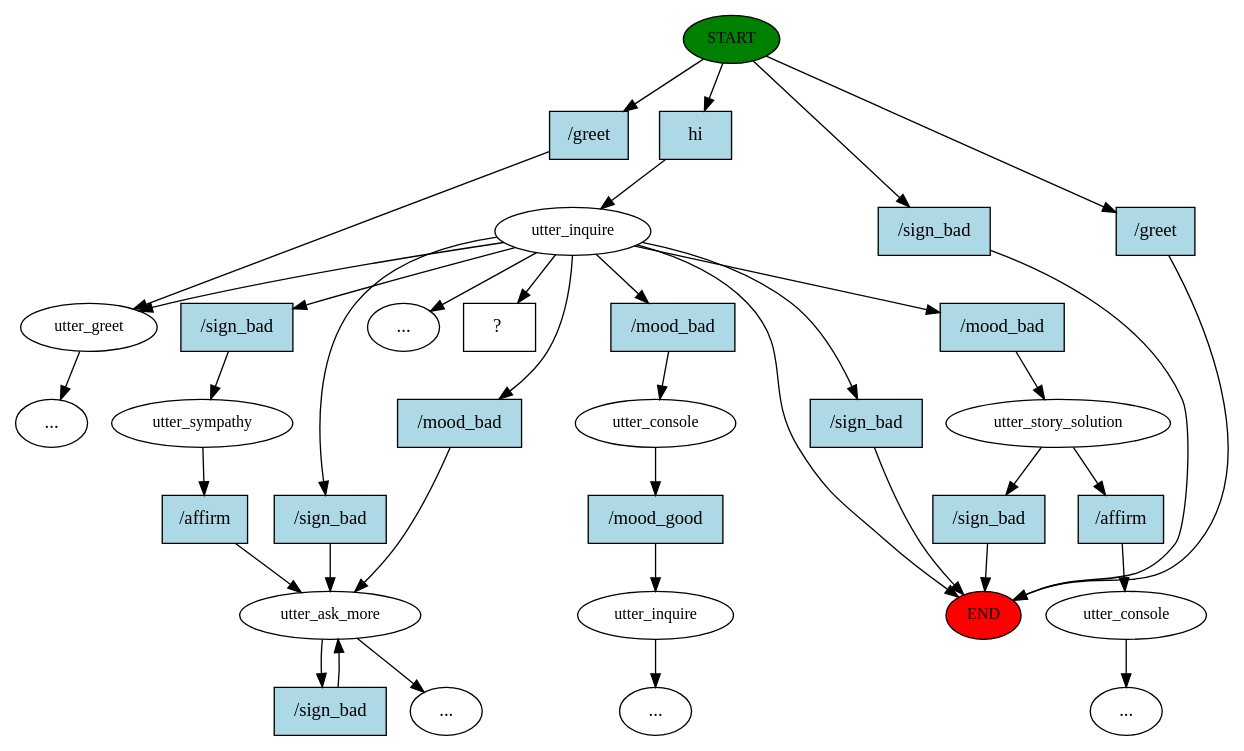
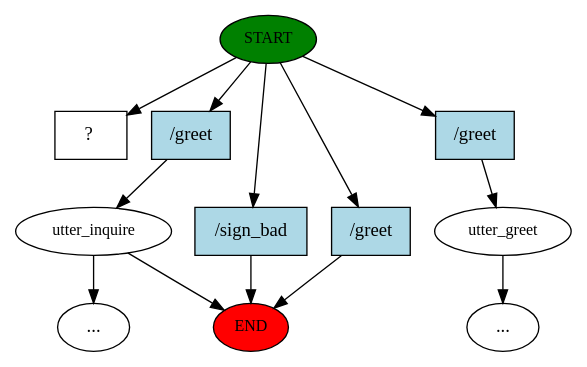
The diagram in story_graph.dot (greenwichdn/AIGC), drawn with Graphviz before and after one commit.

```diff
--- a/story_graph.dot
+++ b/story_graph.dot
@@ -1,71 +1,25 @@
 digraph  {
 0 [class="start active", fillcolor=green, fontsize=12, label=START, style=filled];
 "-1" [class=end, fillcolor=red, fontsize=12, label=END, style=filled];
-1 [class=active, fontsize=12, label=utter_inquire];
-2 [class="", fontsize=12, label=utter_ask_more];
-12 [class="", fontsize=12, label=utter_story_solution];
-15 [class="", fontsize=12, label=utter_console];
-45 [class="", fontsize=12, label=utter_greet];
-75 [class="", fontsize=12, label=utter_sympathy];
-"-35" [class=ellipsis, label="..."];
-91 [class="", fontsize=12, label=utter_console];
-92 [class="", fontsize=12, label=utter_inquire];
-"-39" [class=ellipsis, label="..."];
-"-45" [class=ellipsis, label="..."];
-"-49" [class=ellipsis, label="..."];
-"-50" [class=ellipsis, label="..."];
-116 [class="intent dashed active", label="  ?  ", shape=rect];
-117 [class="intent active", fillcolor=lightblue, label=hi, shape=rect, style=filled];
-118 [class=intent, fillcolor=lightblue, label="\/sign_bad", shape=rect, style=filled];
-119 [class=intent, fillcolor=lightblue, label="\/greet", shape=rect, style=filled];
-120 [class=intent, fillcolor=lightblue, label="\/greet", shape=rect, style=filled];
-121 [class=intent, fillcolor=lightblue, label="\/sign_bad", shape=rect, style=filled];
-122 [class=intent, fillcolor=lightblue, label="\/mood_bad", shape=rect, style=filled];
-123 [class=intent, fillcolor=lightblue, label="\/sign_bad", shape=rect, style=filled];
-124 [class=intent, fillcolor=lightblue, label="\/mood_bad", shape=rect, style=filled];
-125 [class=intent, fillcolor=lightblue, label="\/sign_bad", shape=rect, style=filled];
-126 [class=intent, fillcolor=lightblue, label="\/mood_bad", shape=rect, style=filled];
-127 [class=intent, fillcolor=lightblue, label="\/sign_bad", shape=rect, style=filled];
-128 [class=intent, fillcolor=lightblue, label="\/sign_bad", shape=rect, style=filled];
-129 [class=intent, fillcolor=lightblue, label="\/affirm", shape=rect, style=filled];
-130 [class=intent, fillcolor=lightblue, label="\/affirm", shape=rect, style=filled];
-131 [class=intent, fillcolor=lightblue, label="\/mood_good", shape=rect, style=filled];
-0 -> 117  [class=active, key=0];
-0 -> 118  [class="", key=0];
-0 -> 119  [class="", key=0];
-0 -> 120  [class="", key=0];
+1 [class="", fontsize=12, label=utter_inquire];
+22 [class="", fontsize=12, label=utter_greet];
+"-54" [class=ellipsis, label="..."];
+"-55" [class=ellipsis, label="..."];
+55 [class="intent dashed active", label="  ?  ", shape=rect];
+56 [class=intent, fillcolor=lightblue, label="\/greet", shape=rect, style=filled];
+57 [class=intent, fillcolor=lightblue, label="\/sign_bad", shape=rect, style=filled];
+58 [class=intent, fillcolor=lightblue, label="\/greet", shape=rect, style=filled];
+59 [class=intent, fillcolor=lightblue, label="\/greet", shape=rect, style=filled];
+0 -> 55  [class=active, key=NONE, label=""];
+0 -> 56  [class="", key=0];
+0 -> 57  [class="", key=0];
+0 -> 58  [class="", key=0];
+0 -> 59  [class="", key=0];
 1 -> "-1"  [class="", key=NONE, label=""];
-1 -> "-45"  [class="", key=NONE, label=""];
-1 -> 116  [class=active, key=NONE, label=""];
-1 -> 45  [class="", key=NONE, label=""];
-1 -> 121  [class="", key=0];
-1 -> 122  [class="", key=0];
-1 -> 123  [class="", key=0];
-1 -> 124  [class="", key=0];
-1 -> 125  [class="", key=0];
-1 -> 126  [class="", key=0];
-2 -> "-49"  [class="", key=NONE, label=""];
-2 -> 127  [class="", key=0];
-12 -> 128  [class="", key=0];
-12 -> 129  [class="", key=0];
-15 -> "-35"  [class="", key=NONE, label=""];
-45 -> "-50"  [class="", key=NONE, label=""];
-75 -> 130  [class="", key=0];
-91 -> 131  [class="", key=0];
-92 -> "-39"  [class="", key=NONE, label=""];
-117 -> 1  [class=active, key=0];
-118 -> "-1"  [class="", key=0];
-119 -> "-1"  [class="", key=0];
-120 -> 45  [class="", key=0];
-121 -> 2  [class="", key=0];
-122 -> 2  [class="", key=0];
-123 -> "-1"  [class="", key=0];
-124 -> 12  [class="", key=0];
-125 -> 75  [class="", key=0];
-126 -> 91  [class="", key=0];
-127 -> 2  [class="", key=0];
-128 -> "-1"  [class="", key=0];
-129 -> 15  [class="", key=0];
-130 -> 2  [class="", key=0];
-131 -> 92  [class="", key=0];
+1 -> "-55"  [class="", key=NONE, label=""];
+22 -> "-54"  [class="", key=NONE, label=""];
+56 -> 1  [class="", key=0];
+57 -> "-1"  [class="", key=0];
+58 -> "-1"  [class="", key=0];
+59 -> 22  [class="", key=0];
 }
```
